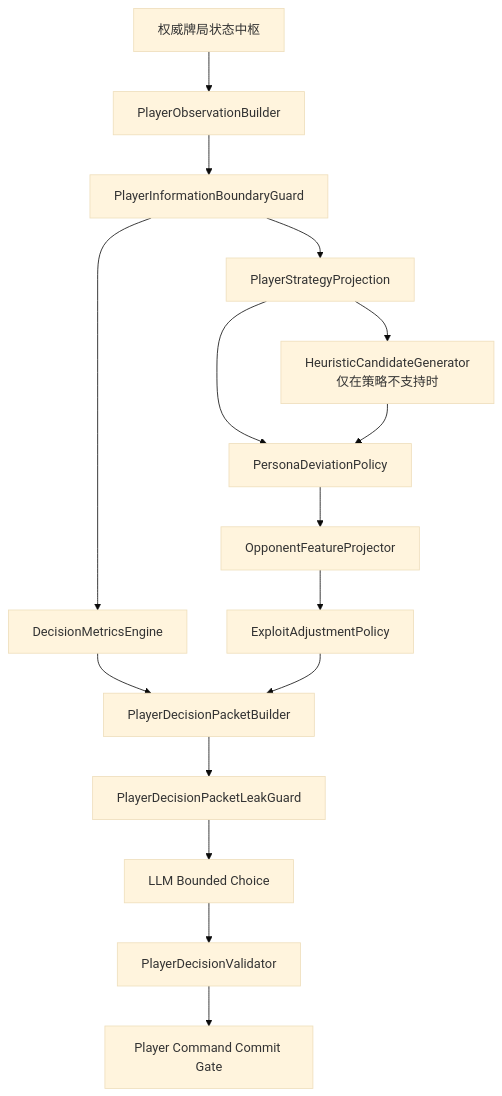
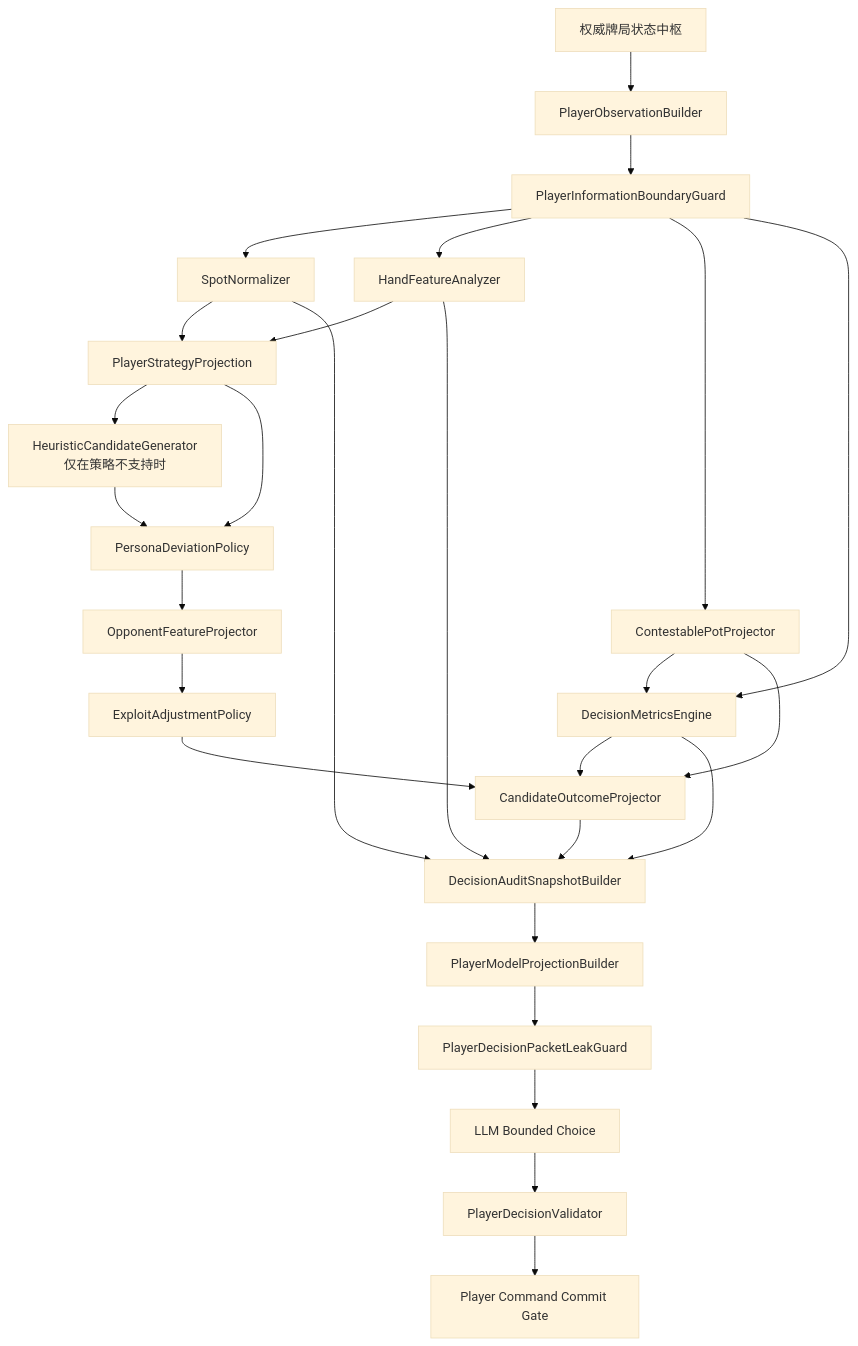
The second of 3 diagrams in docs/superpowers/specs/2026-07-26-agent-foundation-runtime-architecture.md (PANYUXIN6/TX-holdem-coach), drawn with Mermaid (base theme) before and after one commit. The commit also changed other lines of this file and 50 other files, not shown here.

````diff
--- a/docs/superpowers/specs/2026-07-26-agent-foundation-runtime-architecture.md
+++ b/docs/superpowers/specs/2026-07-26-agent-foundation-runtime-architecture.md
@@ -270,18 +295,29 @@
 ```mermaid
 flowchart TD
     PS["权威牌局状态中枢"] --> OB["PlayerObservationBuilder"]
     OB --> IF["PlayerInformationBoundaryGuard"]
+    IF --> SN["SpotNormalizer"]
+    IF --> HF["HandFeatureAnalyzer"]
+    IF --> PT["ContestablePotProjector"]
     IF --> DM["DecisionMetricsEngine"]
-    IF --> SP["PlayerStrategyProjection"]
+    SN --> SP["PlayerStrategyProjection"]
+    HF --> SP
     SP --> HC["HeuristicCandidateGenerator<br/>仅在策略不支持时"]
     SP --> PD["PersonaDeviationPolicy"]
     HC --> PD
     PD --> OF["OpponentFeatureProjector"]
     OF --> EA["ExploitAdjustmentPolicy"]
-    DM --> PDP["PlayerDecisionPacketBuilder"]
-    EA --> PDP
+    EA --> CO["CandidateOutcomeProjector"]
+    PT --> DM
+    PT --> CO
+    DM --> CO
+    HF --> AS["DecisionAuditSnapshotBuilder"]
+    DM --> AS
+    SN --> AS
+    CO --> AS
+    AS --> PDP["PlayerModelProjectionBuilder"]
     PDP --> PG["PlayerDecisionPacketLeakGuard"]
     PG --> BC["LLM Bounded Choice"]
     BC --> V["PlayerDecisionValidator"]
     V --> CG["Player Command Commit Gate"]
 ```
````
